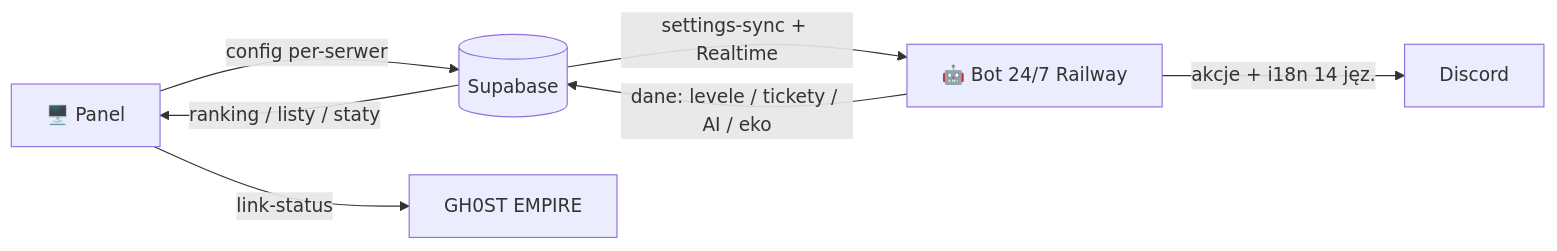
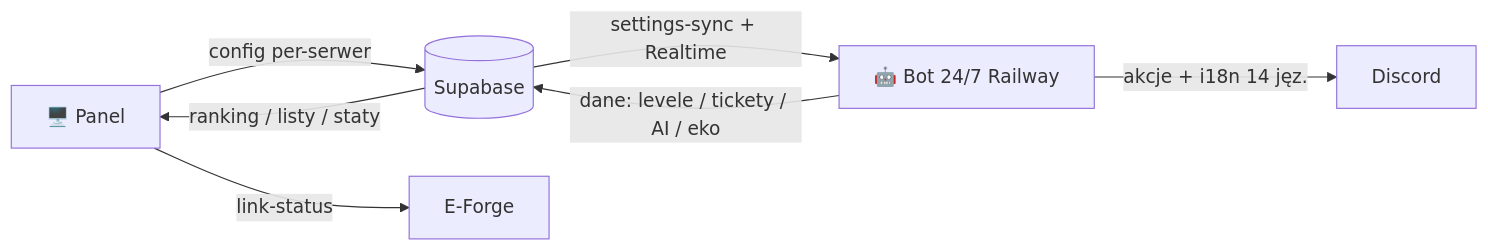
Before and after one commit to Gh0s777tt/E-Bot: the second of 2 diagrams in docs/ROADMAP.md, drawn with Mermaid. The commit also changed 12 other files, not shown here.

First line of the commit message:
docs(brand): rebranding „GH0ST EMPIRE"/„GH0ST" → „E-Forge" w dokumentacji + wiki

````diff
--- a/docs/ROADMAP.md
+++ b/docs/ROADMAP.md
@@ -65,9 +65,9 @@
 ```mermaid
 flowchart LR
   P[🖥️ Panel] -->|config per-serwer| SB[(Supabase)]
   SB -->|settings-sync + Realtime| B[🤖 Bot 24/7 Railway]
   B -->|dane: levele / tickety / AI / eko| SB
   SB -->|ranking / listy / staty| P
   B -->|akcje + i18n 14 jęz.| DC[Discord]
-  P -->|link-status| GH[GH0ST EMPIRE]
+  P -->|link-status| GH[E-Forge]
 ```
````
